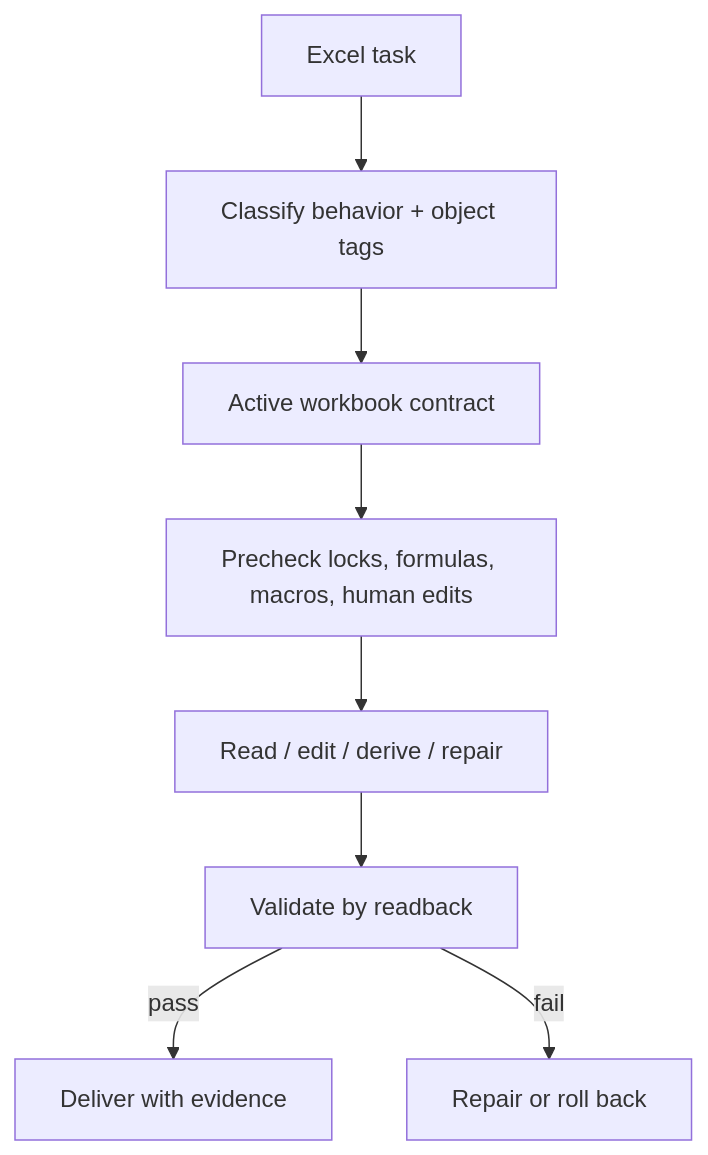
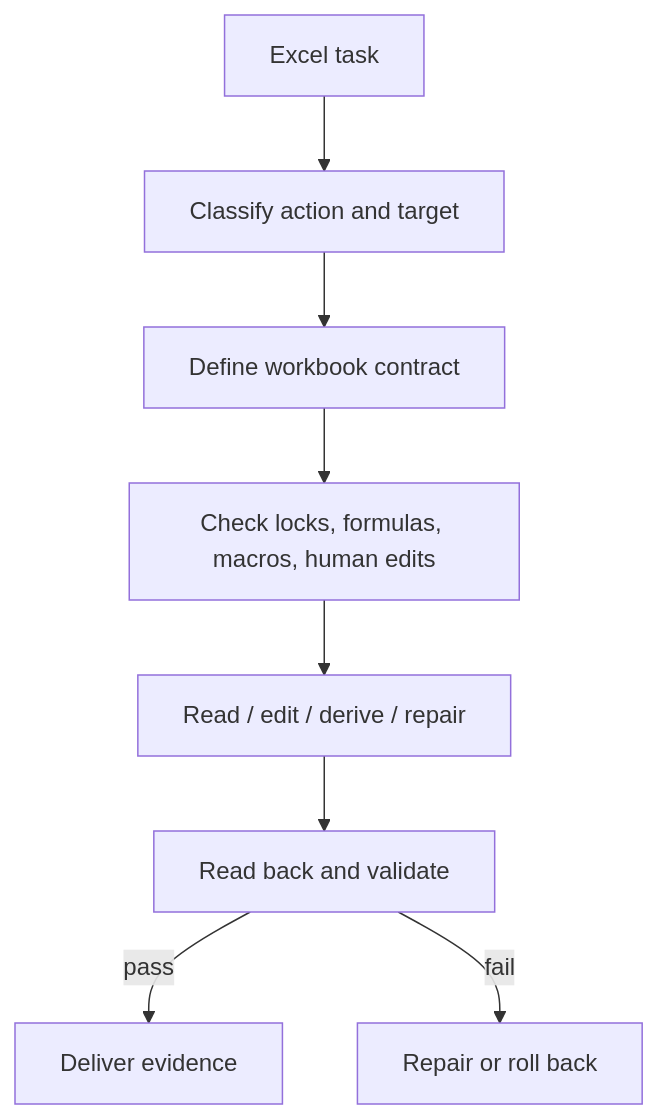
One commit to bagbag16/excel-collab changed the diagram in README.md. Above: the diagram before and after it, drawn with Mermaid. The commit also changed other lines of this file, not shown here.

````diff
--- a/README.md
+++ b/README.md
@@ -19,10 +12,10 @@
 ```mermaid
 flowchart TD
-  T["Excel task"] --> C["Classify behavior + object tags"]
-  C --> A["Active workbook contract"]
-  A --> P["Precheck locks, formulas, macros, human edits"]
+  T["Excel task"] --> C["Classify action and target"]
+  C --> A["Define workbook contract"]
+  A --> P["Check locks, formulas, macros, human edits"]
   P --> E["Read / edit / derive / repair"]
-  E --> V["Validate by readback"]
-  V -->|"pass"| D["Deliver with evidence"]
+  E --> V["Read back and validate"]
+  V -->|"pass"| D["Deliver evidence"]
   V -->|"fail"| R["Repair or roll back"]
 ```
````
